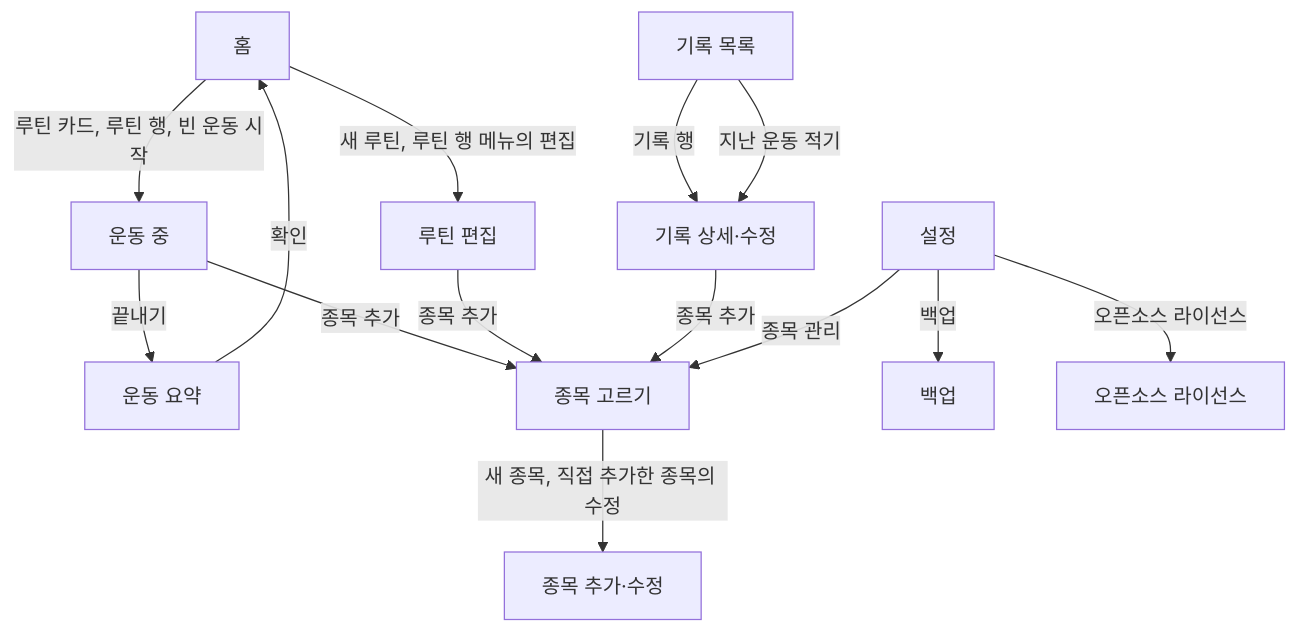
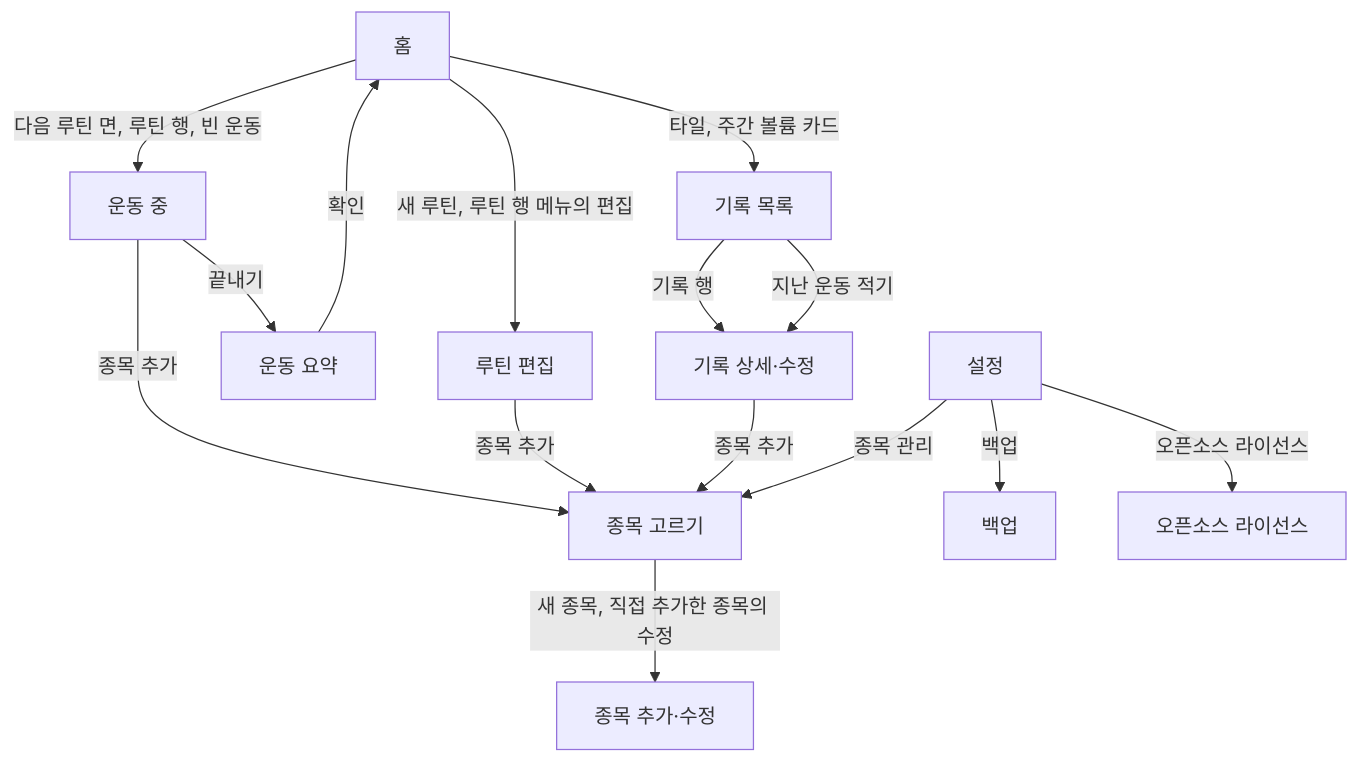
The first of 2 diagrams in docs/DESIGN.md (zzunsik/next-set), drawn with Mermaid before and after one commit. The commit also changed other lines of this file and 1 other file, not shown here.

````diff
--- a/docs/DESIGN.md
+++ b/docs/DESIGN.md
@@ -625,16 +859,17 @@
 ```mermaid
 flowchart TD
-    Home["홈"] -->|"루틴 카드, 루틴 행, 빈 운동 시작"| Workout["운동 중"]
+    Home["홈"] -->|"다음 루틴 면, 루틴 행, 빈 운동"| Workout["운동 중"]
     Home -->|"새 루틴, 루틴 행 메뉴의 편집"| RoutineEdit["루틴 편집"]
+    Home -->|"타일, 주간 볼륨 카드"| History
     Workout -->|"끝내기"| Summary["운동 요약"]
     Summary -->|"확인"| Home
     Workout -->|"종목 추가"| Picker["종목 고르기"]
     RoutineEdit -->|"종목 추가"| Picker
     Picker -->|"새 종목, 직접 추가한 종목의 수정"| ExerciseForm["종목 추가·수정"]
     History["기록 목록"] -->|"기록 행"| Detail["기록 상세·수정"]
     History -->|"지난 운동 적기"| Detail
     Detail -->|"종목 추가"| Picker
     Settings["설정"] -->|"종목 관리"| Picker
     Settings -->|"백업"| Backup["백업"]
     Settings -->|"오픈소스 라이선스"| Licenses["오픈소스 라이선스"]
 ```
````
